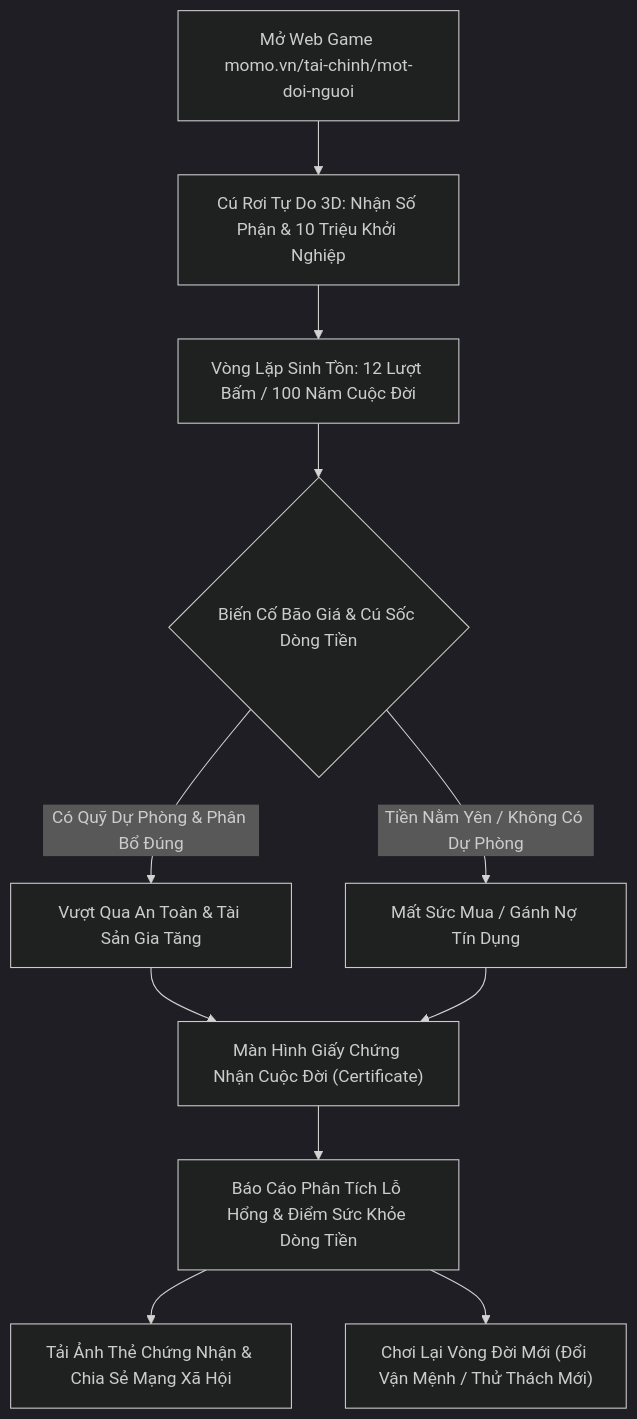
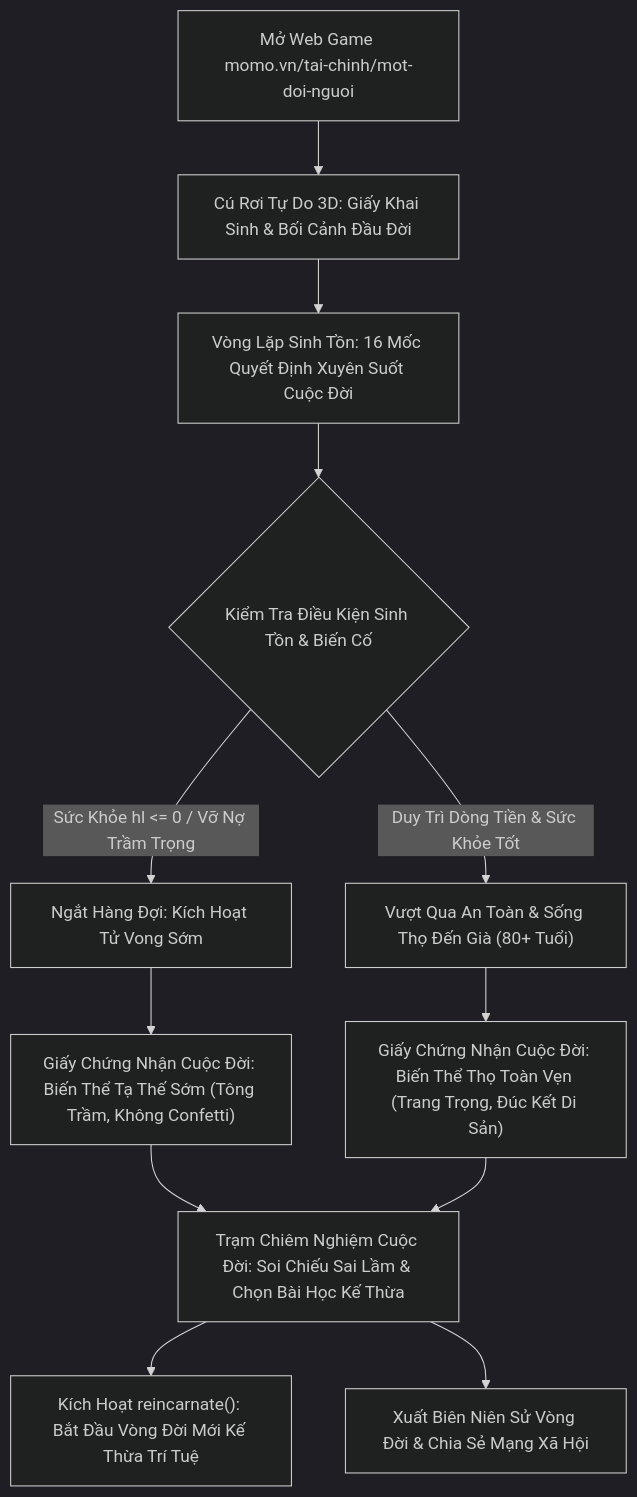
The diagram in 09_PRD/life-simulation-game-prd.md (vanhien26/hienho-knowledgebase), drawn with Mermaid (dark theme) before and after one commit. The commit also changed other lines of this file and 7 other files, not shown here.

Commit message:
docs(gdd): complete 16 milestones, update schema attributes and task operating model

````diff
--- a/09_PRD/life-simulation-game-prd.md
+++ b/09_PRD/life-simulation-game-prd.md
@@ -512,13 +683,14 @@
 ```mermaid
 graph TD
-    A["Mở Web Game momo.vn/tai-chinh/mot-doi-nguoi"] --> B["Cú Rơi Tự Do 3D: Nhận Số Phận & 10 Triệu Khởi Nghiệp"]
-    B --> C["Vòng Lặp Sinh Tồn: 12 Lượt Bấm / 100 Năm Cuộc Đời"]
-    C --> D{"Biến Cố Bão Giá & Cú Sốc Dòng Tiền"}
-    D -- "Có Quỹ Dự Phòng & Phân Bổ Đúng" --> E["Vượt Qua An Toàn & Tài Sản Gia Tăng"]
-    D -- "Tiền Nằm Yên / Không Có Dự Phòng" --> F["Mất Sức Mua / Gánh Nợ Tín Dụng"]
-    E --> G["Màn Hình Giấy Chứng Nhận Cuộc Đời (Certificate)"]
-    F --> G
-    G --> H["Báo Cáo Phân Tích Lỗ Hổng & Điểm Sức Khỏe Dòng Tiền"]
-    H --> I["Tải Ảnh Thẻ Chứng Nhận & Chia Sẻ Mạng Xã Hội"]
-    H --> J["Chơi Lại Vòng Đời Mới (Đổi Vận Mệnh / Thử Thách Mới)"]
+    A["Mở Web Game momo.vn/tai-chinh/mot-doi-nguoi"] --> B["Cú Rơi Tự Do 3D: Giấy Khai Sinh & Bối Cảnh Đầu Đời"]
+    B --> C["Vòng Lặp Sinh Tồn: 16 Mốc Quyết Định Xuyên Suốt Cuộc Đời"]
+    C --> D{"Kiểm Tra Điều Kiện Sinh Tồn & Biến Cố"}
+    D -- "Sức Khỏe hl <= 0 / Vỡ Nợ Trầm Trọng" --> E["Ngắt Hàng Đợi: Kích Hoạt Tử Vong Sớm"]
+    D -- "Duy Trì Dòng Tiền & Sức Khỏe Tốt" --> F["Vượt Qua An Toàn & Sống Thọ Đến Già (80+ Tuổi)"]
+    E --> G["Giấy Chứng Nhận Cuộc Đời: Biến Thể Tạ Thế Sớm (Tông Trầm, Không Confetti)"]
+    F --> H["Giấy Chứng Nhận Cuộc Đời: Biến Thể Thọ Toàn Vẹn (Trang Trọng, Đúc Kết Di Sản)"]
+    G --> I["Trạm Chiêm Nghiệm Cuộc Đời: Soi Chiếu Sai Lầm & Chọn Bài Học Kế Thừa"]
+    H --> I
+    I --> J["Kích Hoạt reincarnate(): Bắt Đầu Vòng Đời Mới Kế Thừa Trí Tuệ"]
+    I --> K["Xuất Biên Niên Sử Vòng Đời & Chia Sẻ Mạng Xã Hội"]
 ```
````
